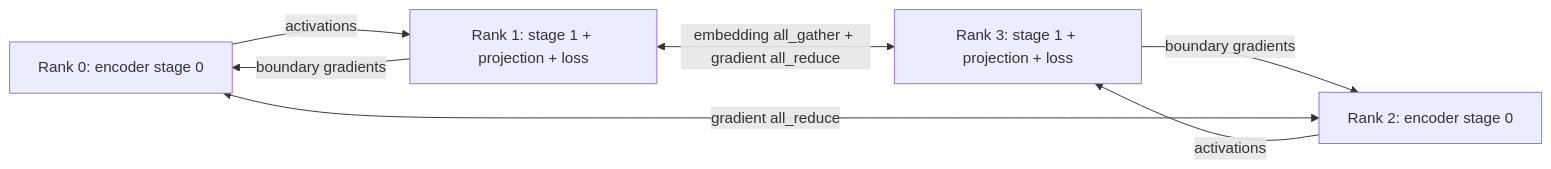
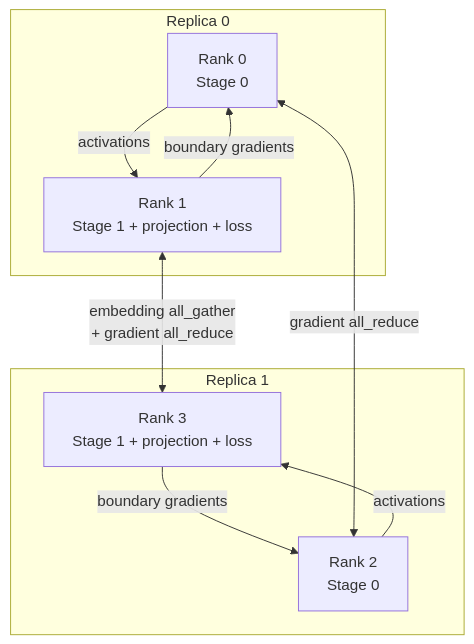
The diagram in README.md (shlomi1993/sharded-simclr), drawn with Mermaid before and after one commit. The commit also changed other lines of this file, not shown here.

````diff
--- a/README.md
+++ b/README.md
@@ -15,9 +21,17 @@
 ```mermaid
-flowchart LR
-    A["Rank 0: encoder stage 0"] -->|activations| B["Rank 1: stage 1 + projection + loss"]
+flowchart TB
+    subgraph R0["Replica 0"]
+        A["Rank 0<br/>Stage 0"]
+        B["Rank 1<br/>Stage 1 + projection + loss"]
+    end
+    subgraph R1["Replica 1"]
+        C["Rank 2<br/>Stage 0"]
+        D["Rank 3<br/>Stage 1 + projection + loss"]
+    end
+    A -->|activations| B
     B -->|boundary gradients| A
-    C["Rank 2: encoder stage 0"] -->|activations| D["Rank 3: stage 1 + projection + loss"]
+    C -->|activations| D
     D -->|boundary gradients| C
     A <-->|gradient all_reduce| C
-    B <-->|embedding all_gather + gradient all_reduce| D
+    B <-->|"embedding all_gather<br/>+ gradient all_reduce"| D
 ```
````
